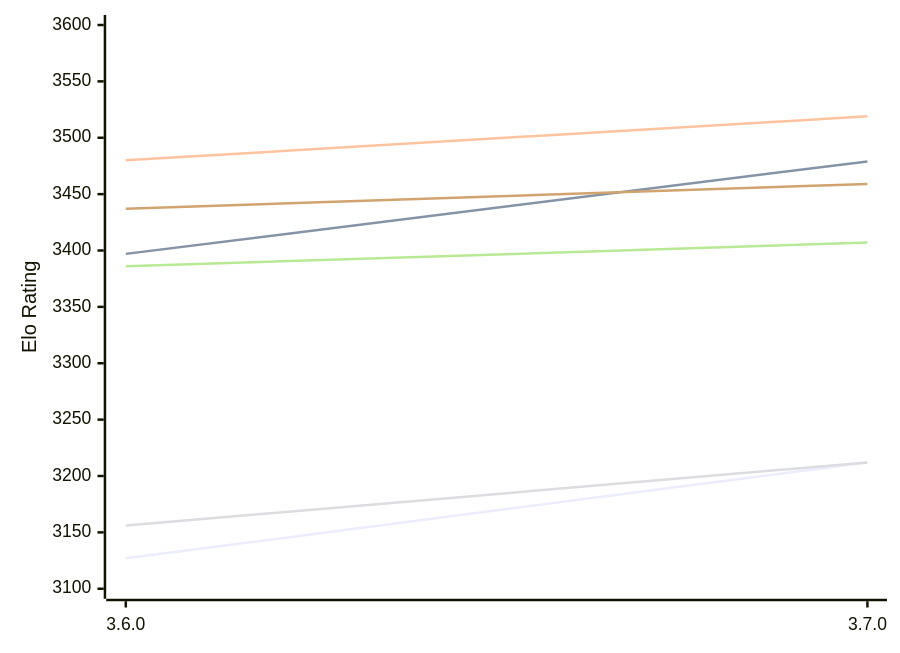
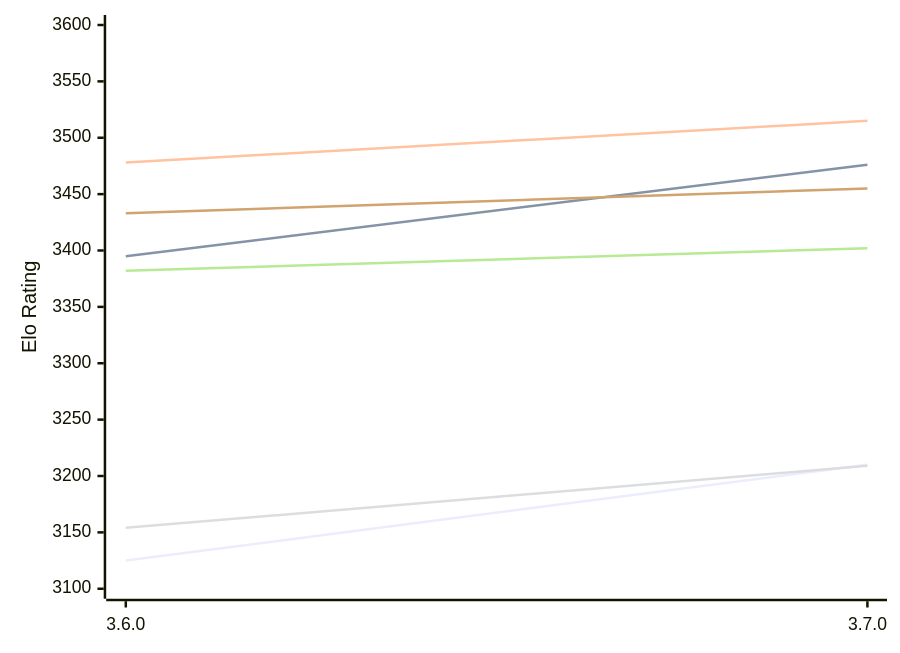
The diagram in engines/Simplechess.md (computer-chess-index/cci), drawn with Mermaid before and after one commit. The commit also changed other lines of this file, not shown here.

Commit message:
Update CCI Ratings (ELO VLTC) - 2026-11-19

````diff
--- a/engines/Simplechess.md
+++ b/engines/Simplechess.md
@@ -49,12 +49,12 @@
 ```mermaid
 %%{init: {"theme":"base","themeVariables":{"seriesColors:['#a3a3a3','#222221','#faa371']}}}%%
 xychart-beta
   x-axis ["3.6.0", "3.7.0"]
   y-axis "Elo Rating" 3100 --> 3600
-  line "E1: STC (8.0+0.08s)" [3127, 3212]
-  line "E1: LTC (60.0+0.60s)" [3397, 3479]
-  line "E1: VLTC (2m24s+1.12s)" [3480, 3519]
-  line "P1: STC (8.0+0.08s)" [3156, 3212]
-  line "P1: LTC (60.0+0.60s)" [3386, 3407]
-  line "P1: VLTC (2m24s+1.12s)" [3437, 3459]
+  line "E1: STC (8.0+0.08s)" [3125, 3210]
+  line "E1: LTC (60.0+0.60s)" [3395, 3476]
+  line "E1: VLTC (2m24s+1.12s)" [3478, 3515]
+  line "P1: STC (8.0+0.08s)" [3154, 3209]
+  line "P1: LTC (60.0+0.60s)" [3382, 3402]
+  line "P1: VLTC (2m24s+1.12s)" [3433, 3455]
 ```
````
